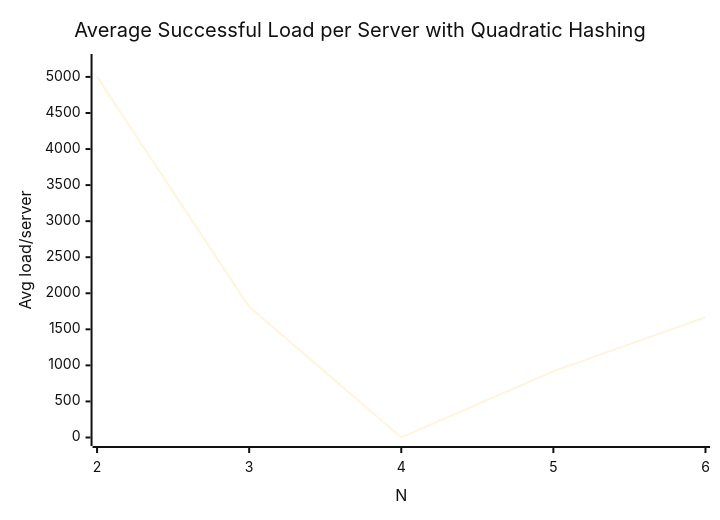
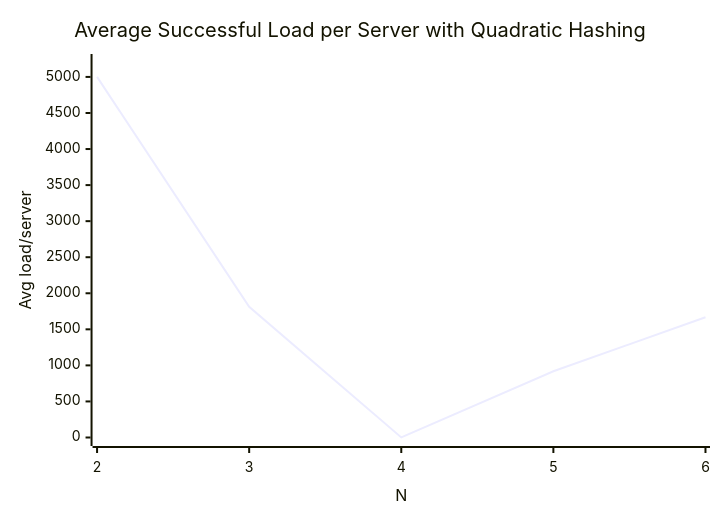
Before and after one commit to AmyMugeni/LoadBalancer: the fourth of 4 diagrams in README.md, drawn with Mermaid. The commit also changed other lines of this file, not shown here.

````diff
--- a/README.md
+++ b/README.md
@@ -445,8 +442,7 @@
 ```mermaid
-%%{init: {'theme': 'base', 'themeVariables': { 'background': '#FFFFFF', 'primaryColor': '#0f3f99', 'primaryBorderColor': '#0b3178', 'primaryTextColor': '#111111', 'lineColor': '#0f3f99', 'fontSize': '16px' }}}%%
 xychart-beta
   title "Average Successful Load per Server with Quadratic Hashing"
   x-axis "N" [2, 3, 4, 5, 6]
   y-axis "Avg load/server" 0 --> 5200
   line [5000, 1811.67, 1.25, 918.6, 1666.67]
 ```
````
